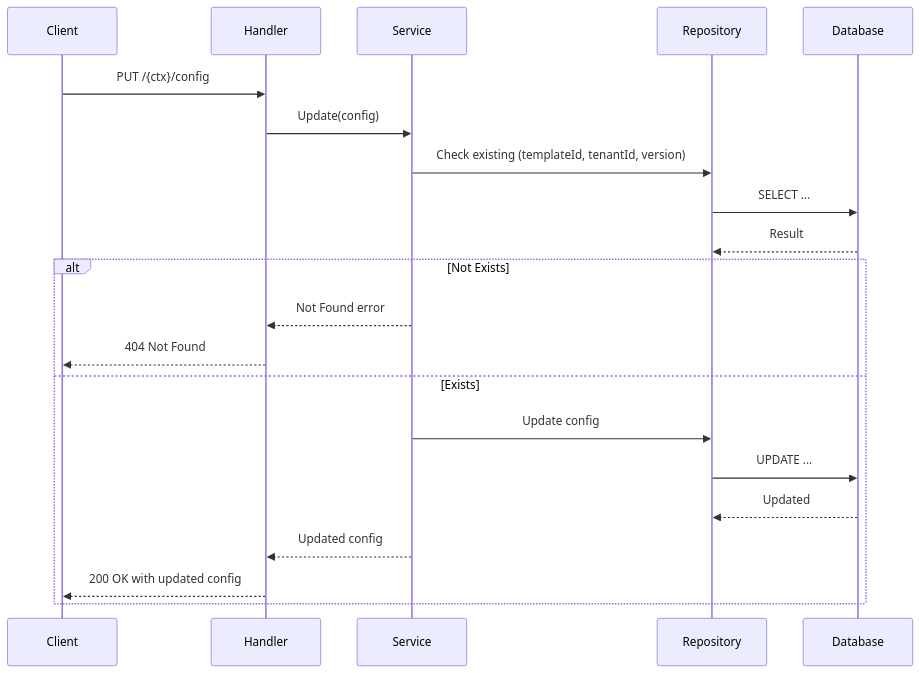
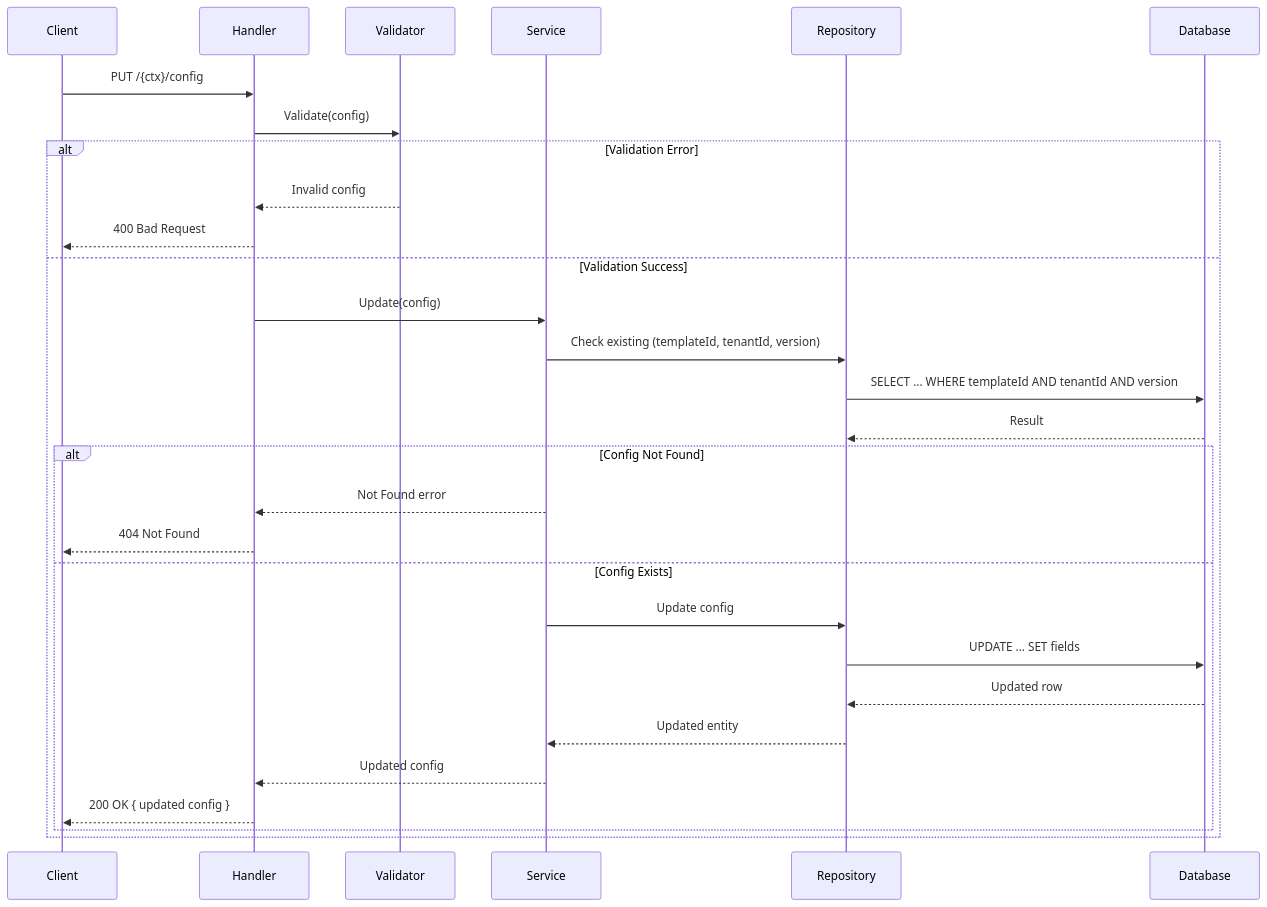
Before and after one commit to anishEgov/digit3: the third of 6 diagrams in code/services/template-config/README.md, drawn with Mermaid. The commit also changed other lines of this file, not shown here.

Commit message:
Modified template-config README.md

````diff
--- a/code/services/template-config/README.md
+++ b/code/services/template-config/README.md
@@ -274,26 +282,34 @@
 ```mermaid
 sequenceDiagram
     participant Client
     participant Handler
+    participant Validator
     participant Service
     participant Repository
     participant Database
 
     Client->>Handler: PUT /{ctx}/config
-    Handler->>Service: Update(config)
+    Handler->>Validator: Validate(config)
 
-    Service->>Repository: Check existing (templateId, tenantId, version)
-    Repository->>Database: SELECT ...
-    Database-->>Repository: Result
+    alt Validation Error
+        Validator-->>Handler: Invalid config
+        Handler-->>Client: 400 Bad Request
+    else Validation Success
+        Handler->>Service: Update(config)
+        Service->>Repository: Check existing (templateId, tenantId, version)
+        Repository->>Database: SELECT ... WHERE templateId AND tenantId AND version
+        Database-->>Repository: Result
 
-    alt Not Exists
-        Service-->>Handler: Not Found error
-        Handler-->>Client: 404 Not Found
-    else Exists
-        Service->>Repository: Update config
-        Repository->>Database: UPDATE ...
-        Database-->>Repository: Updated
-        Service-->>Handler: Updated config
-        Handler-->>Client: 200 OK with updated config
+        alt Config Not Found
+            Service-->>Handler: Not Found error
+            Handler-->>Client: 404 Not Found
+        else Config Exists
+            Service->>Repository: Update config
+            Repository->>Database: UPDATE ... SET fields
+            Database-->>Repository: Updated row
+            Repository-->>Service: Updated entity
+            Service-->>Handler: Updated config
+            Handler-->>Client: 200 OK { updated config }
+        end
     end
 ```
````
